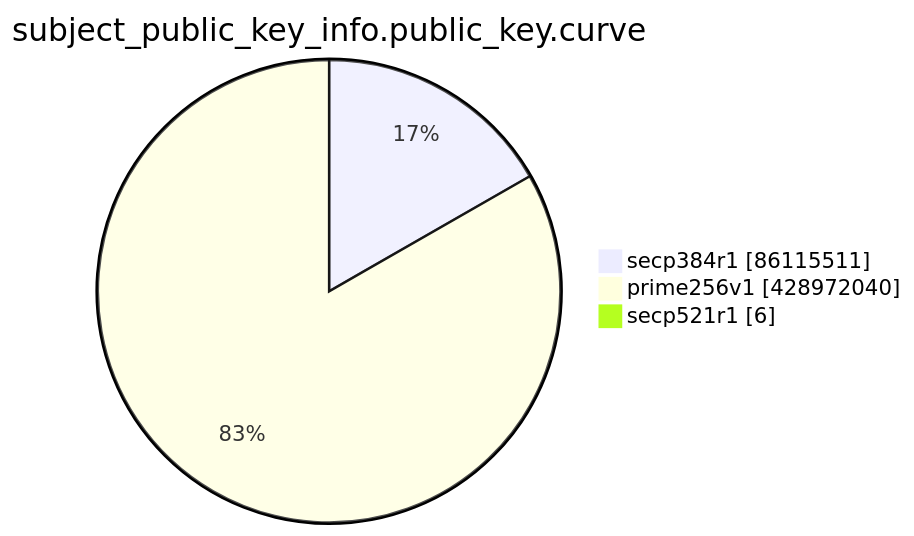
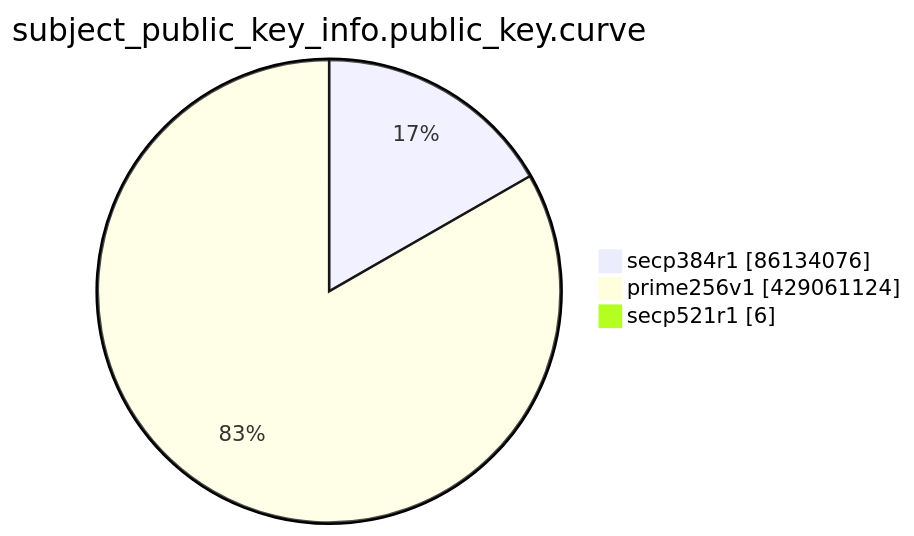
The eighth of 15 diagrams in TOTAL/README.md (christiankrug/ctmonitor_visualization), drawn with Mermaid before and after one commit. The commit also changed other lines of this file, not shown here.

````diff
--- a/TOTAL/README.md
+++ b/TOTAL/README.md
@@ -3100,7 +3100,7 @@
 ```mermaid
 pie showData
 title subject_public_key_info.public_key.curve
-"secp384r1" :86115511
-"prime256v1" :428972040
+"secp384r1" :86134076
+"prime256v1" :429061124
 "secp521r1" :6
 ```
````
